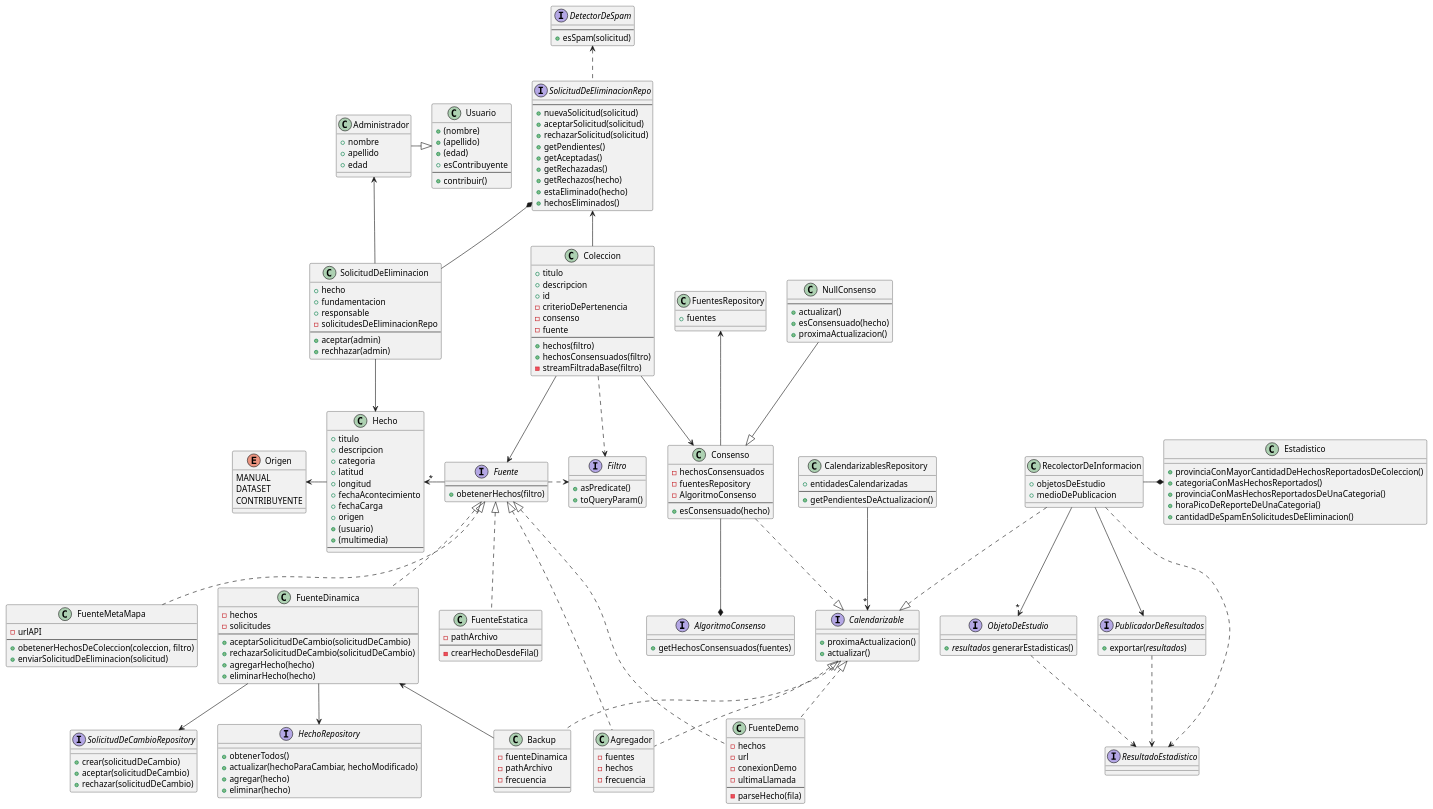
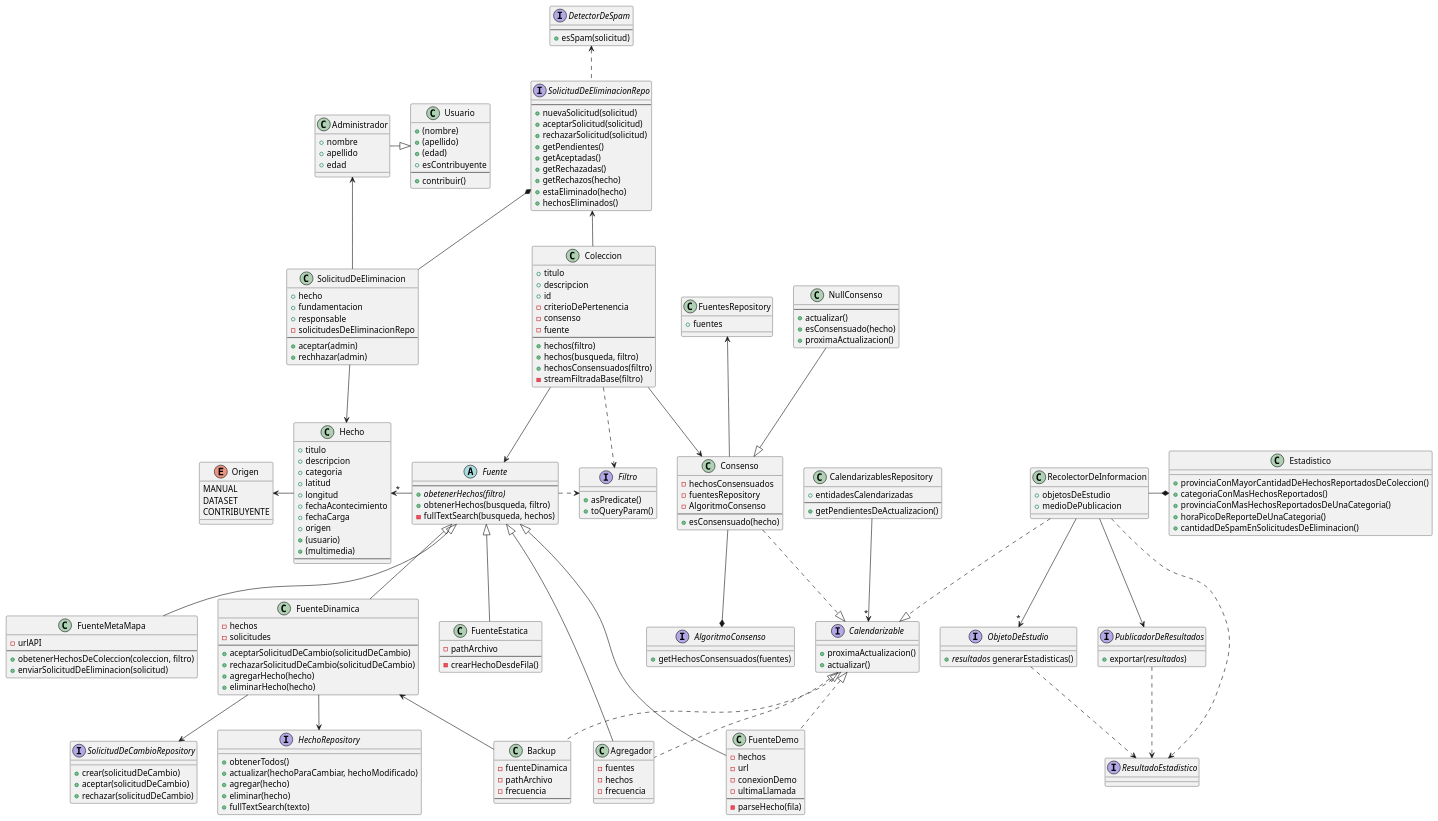
One commit to lrizzitano/Metamapa changed the diagram in diagramas/diagrama-clases.puml. Above: the diagram before and after it, drawn with PlantUML.

Commit message:
actualizo fuentes en diagrama de clases

```diff
--- a/diagramas/diagrama-clases.puml
+++ b/diagramas/diagrama-clases.puml
@@ -53,6 +53,7 @@
     -fuente
     --
     +hechos(filtro)
+    +hechos(busqueda, filtro)
     +hechosConsensuados(filtro)
     -streamFiltradaBase(filtro)
 }
@@ -87,9 +88,11 @@
     +fuentes
 }
 
-interface Fuente {
+abstract class Fuente {
     --
-    +obetenerHechos(filtro)
+    +{abstract} obetenerHechos(filtro)
+    +obtenerHechos(busqueda, filtro)
+    -fullTextSearch(busqueda, hechos)
 }
 
 class Hecho {
@@ -138,6 +141,7 @@
     +actualizar(hechoParaCambiar, hechoModificado)
     +agregar(hecho)
     +eliminar(hecho)
+    +fullTextSearch(texto)
 }
 
 interface SolicitudDeCambioRepository {
@@ -214,12 +218,12 @@
 Fuente -l-> "*" Hecho
 Fuente .r.>Filtro
 
-FuenteEstatica .u.|> Fuente
-FuenteMetaMapa .u.|> Fuente
-FuenteDemo .u.|> Fuente
-Agregador .u.|> Fuente
+FuenteEstatica -u-|> Fuente
+FuenteMetaMapa -u-|> Fuente
+FuenteDemo -u-|> Fuente
+Agregador -u-|> Fuente
 FuenteDemo .u.|> Calendarizable
-FuenteDinamica .u.|> Fuente
+FuenteDinamica -u-|> Fuente
 FuenteDinamica --> HechoRepository
 FuenteDinamica --> SolicitudDeCambioRepository
 
```
